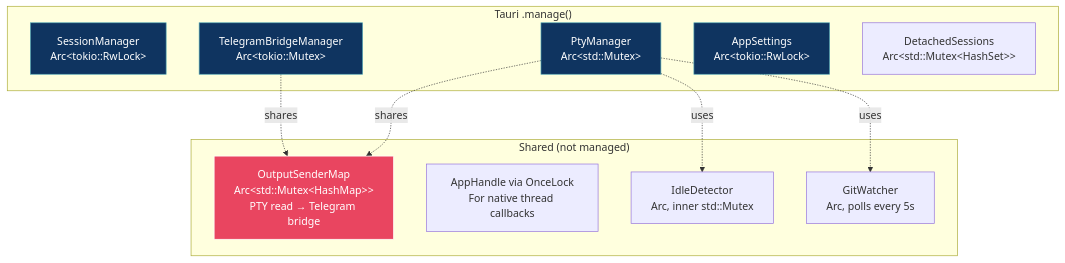
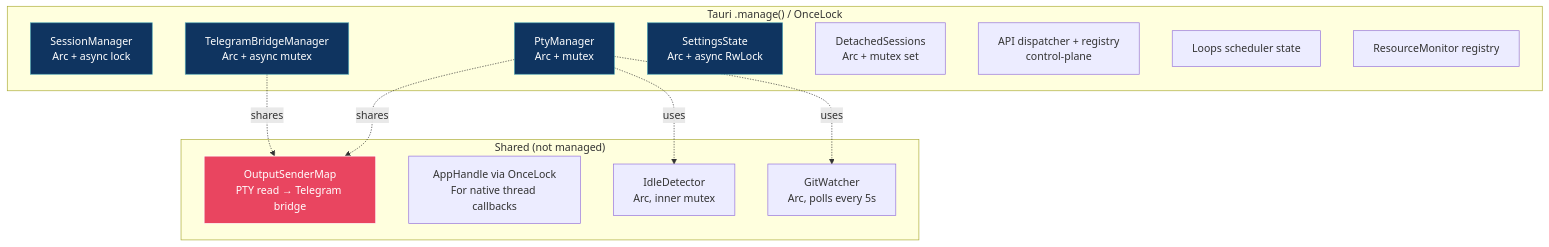
Before and after one commit to mblua/AgentsCommander: diagram 11 of 14 in docs/reference/architecture.md, drawn with Mermaid. The commit also changed other lines of this file, not shown here.

First line of the commit message:
docs(1320): rewrite architecture map against current 0.20.x codebase

````diff
--- a/docs/reference/architecture.md
+++ b/docs/reference/architecture.md
@@ -538,28 +576,31 @@
 ```mermaid
 graph TD
-    subgraph "Tauri .manage()"
-        SM["SessionManager<br/>Arc&lt;tokio::RwLock&gt;"]
-        PM["PtyManager<br/>Arc&lt;std::Mutex&gt;"]
-        TBM["TelegramBridgeManager<br/>Arc&lt;tokio::Mutex&gt;"]
-        SETT["AppSettings<br/>Arc&lt;tokio::RwLock&gt;"]
-        DET["DetachedSessions<br/>Arc&lt;std::Mutex&lt;HashSet&gt;&gt;"]
+    subgraph "Tauri .manage() / OnceLock"
+        SM["SessionManager<br/>Arc + async lock"]
+        PM["PtyManager<br/>Arc + mutex"]
+        TBM["TelegramBridgeManager<br/>Arc + async mutex"]
+        SETT["SettingsState<br/>Arc + async RwLock"]
+        DET["DetachedSessions<br/>Arc + mutex set"]
+        API["API dispatcher + registry<br/>control-plane"]
+        LOOPS["Loops scheduler state"]
+        RES["ResourceMonitor registry"]
     end
 
     subgraph "Shared (not managed)"
-        OSM["OutputSenderMap<br/>Arc&lt;std::Mutex&lt;HashMap&gt;&gt;<br/>PTY read → Telegram bridge"]
+        OSM["OutputSenderMap<br/>PTY read → Telegram bridge"]
         AHL["AppHandle via OnceLock<br/>For native thread callbacks"]
-        IDLE["IdleDetector<br/>Arc, inner std::Mutex"]
+        IDLE["IdleDetector<br/>Arc, inner mutex"]
         GW["GitWatcher<br/>Arc, polls every 5s"]
     end
 
     PM -.->|"shares"| OSM
     TBM -.->|"shares"| OSM
     PM -.->|"uses"| IDLE
     PM -.->|"uses"| GW
 
     style SM fill:#0f3460,stroke:#53a8b6,color:#fff
     style PM fill:#0f3460,stroke:#53a8b6,color:#fff
     style TBM fill:#0f3460,stroke:#53a8b6,color:#fff
     style SETT fill:#0f3460,stroke:#53a8b6,color:#fff
     style OSM fill:#e94560,stroke:#fff,color:#fff
 ```
````
